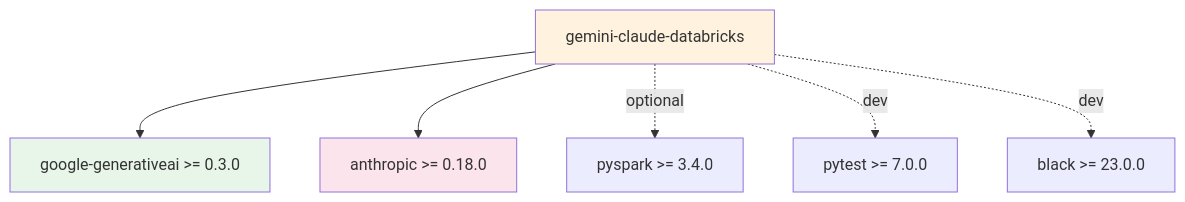
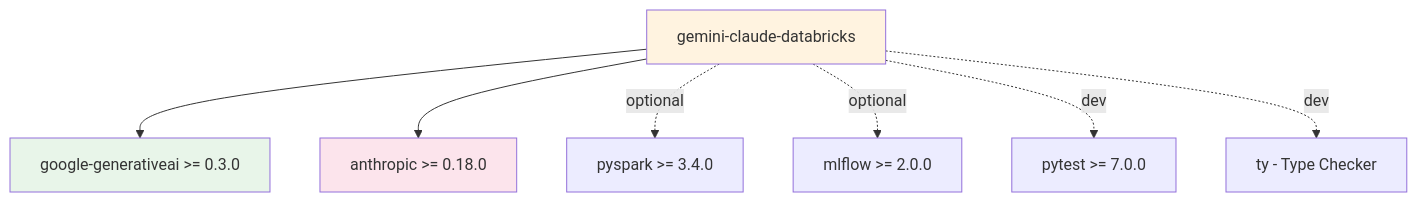
Before and after one commit to gustcol/gemini-claude-databricks: the seventh of 31 diagrams in README.md, drawn with Mermaid. The commit also changed other lines of this file and 24 other files, not shown here.

````diff
--- a/README.md
+++ b/README.md
@@ -274,12 +308,13 @@
 ```mermaid
 graph TD
     A[gemini-claude-databricks] --> B[google-generativeai >= 0.3.0]
     A --> C[anthropic >= 0.18.0]
     A -.->|optional| D[pyspark >= 3.4.0]
-    A -.->|dev| E[pytest >= 7.0.0]
-    A -.->|dev| F[black >= 23.0.0]
+    A -.->|optional| E[mlflow >= 2.0.0]
+    A -.->|dev| F[pytest >= 7.0.0]
+    A -.->|dev| G[ty - Type Checker]
 
     style A fill:#fff3e0
     style B fill:#e8f5e9
     style C fill:#fce4ec
 ```
````
